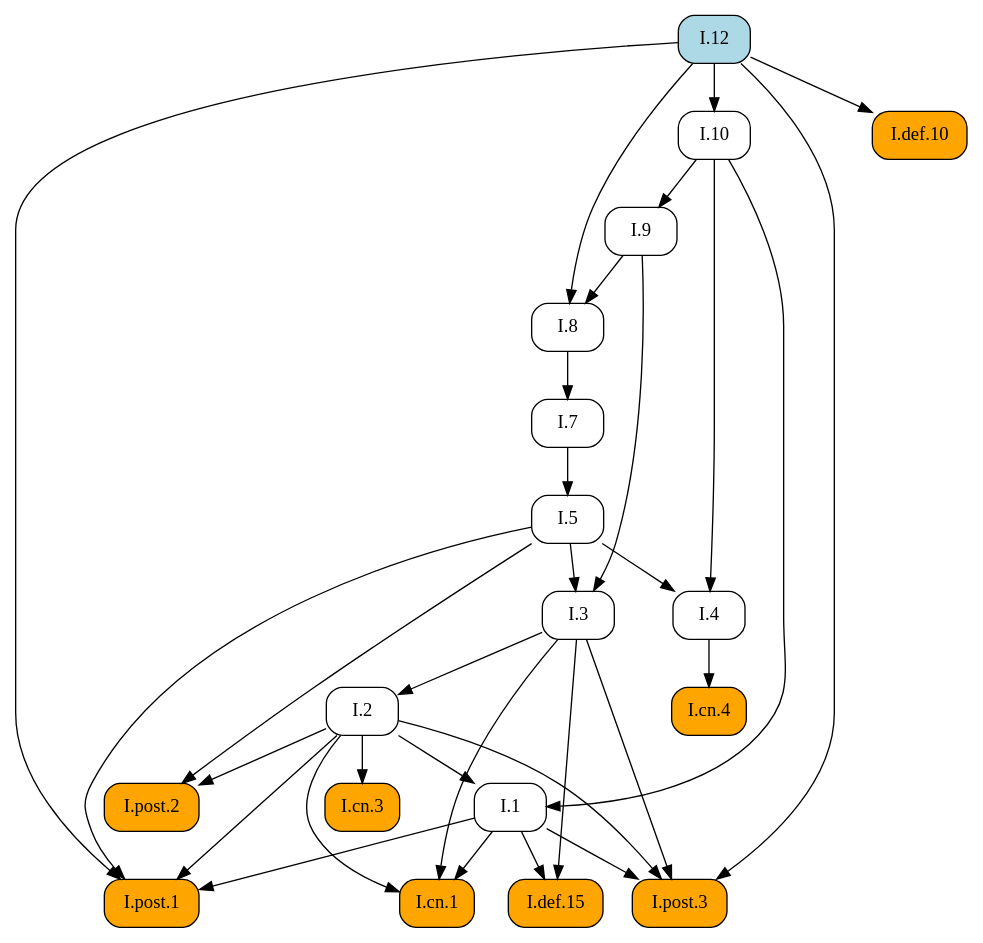
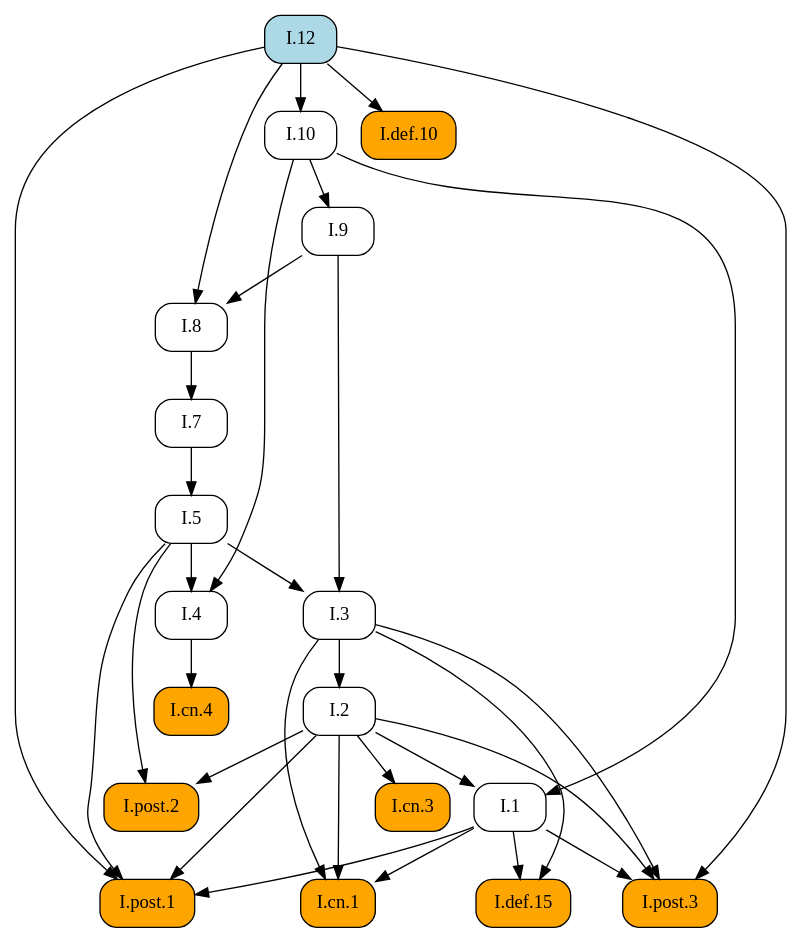
Before and after one commit to geometor/elements: the diagram in docsrc/elements2/I/12/index.rst, drawn with Graphviz. The commit also changed other lines of this file and 409 other files, not shown here.

First line of the commit message:
feat: Add image cropping and graphic extraction script

```diff
--- a/docsrc/elements2/I/12/index.rst
+++ b/docsrc/elements2/I/12/index.rst
@@ -70,55 +70,55 @@
 .. graphviz::
 
    digraph {
      rankdir="TB";
      node [shape=box, style=rounded];
+     "I.def.15" [style="rounded,filled", fillcolor=orange, URL="/elements2/I/def.15/", target="_top"];
+     "I.def.10" [style="rounded,filled", fillcolor=orange, URL="/elements2/I/def.10/", target="_top"];
      "I.8" [URL="/elements2/I/8/", target="_top"];
+     "I.5" [URL="/elements2/I/5/", target="_top"];
+     "I.3" [URL="/elements2/I/3/", target="_top"];
+     "I.12" [style="rounded,filled", fillcolor=lightblue, URL="/elements2/I/12/", target="_top"];
+     "I.10" [URL="/elements2/I/10/", target="_top"];
+     "I.cn.3" [style="rounded,filled", fillcolor=orange, URL="/elements2/I/cn.3/", target="_top"];
+     "I.cn.1" [style="rounded,filled", fillcolor=orange, URL="/elements2/I/cn.1/", target="_top"];
+     "I.4" [URL="/elements2/I/4/", target="_top"];
+     "I.post.3" [style="rounded,filled", fillcolor=orange, URL="/elements2/I/post.3/", target="_top"];
+     "I.7" [URL="/elements2/I/7/", target="_top"];
+     "I.9" [URL="/elements2/I/9/", target="_top"];
+     "I.post.1" [style="rounded,filled", fillcolor=orange, URL="/elements2/I/post.1/", target="_top"];
+     "I.2" [URL="/elements2/I/2/", target="_top"];
      "I.1" [URL="/elements2/I/1/", target="_top"];
      "I.cn.4" [style="rounded,filled", fillcolor=orange, URL="/elements2/I/cn.4/", target="_top"];
-     "I.cn.3" [style="rounded,filled", fillcolor=orange, URL="/elements2/I/cn.3/", target="_top"];
-     "I.7" [URL="/elements2/I/7/", target="_top"];
-     "I.post.1" [style="rounded,filled", fillcolor=orange, URL="/elements2/I/post.1/", target="_top"];
-     "I.9" [URL="/elements2/I/9/", target="_top"];
-     "I.5" [URL="/elements2/I/5/", target="_top"];
-     "I.cn.1" [style="rounded,filled", fillcolor=orange, URL="/elements2/I/cn.1/", target="_top"];
-     "I.def.10" [style="rounded,filled", fillcolor=orange, URL="/elements2/I/def.10/", target="_top"];
-     "I.2" [URL="/elements2/I/2/", target="_top"];
-     "I.def.15" [style="rounded,filled", fillcolor=orange, URL="/elements2/I/def.15/", target="_top"];
-     "I.4" [URL="/elements2/I/4/", target="_top"];
-     "I.12" [style="rounded,filled", fillcolor=lightblue, URL="/elements2/I/12/", target="_top"];
-     "I.10" [URL="/elements2/I/10/", target="_top"];
-     "I.3" [URL="/elements2/I/3/", target="_top"];
      "I.post.2" [style="rounded,filled", fillcolor=orange, URL="/elements2/I/post.2/", target="_top"];
-     "I.post.3" [style="rounded,filled", fillcolor=orange, URL="/elements2/I/post.3/", target="_top"];
+     "I.1" -> "I.def.15";
+     "I.3" -> "I.def.15";
+     "I.12" -> "I.def.10";
      "I.9" -> "I.8";
      "I.12" -> "I.8";
-     "I.2" -> "I.1";
-     "I.10" -> "I.1";
-     "I.4" -> "I.cn.4";
+     "I.7" -> "I.5";
+     "I.5" -> "I.3";
+     "I.9" -> "I.3";
+     "I.12" -> "I.10";
      "I.2" -> "I.cn.3";
+     "I.1" -> "I.cn.1";
+     "I.2" -> "I.cn.1";
+     "I.3" -> "I.cn.1";
+     "I.5" -> "I.4";
+     "I.10" -> "I.4";
+     "I.1" -> "I.post.3";
+     "I.2" -> "I.post.3";
+     "I.3" -> "I.post.3";
+     "I.12" -> "I.post.3";
      "I.8" -> "I.7";
+     "I.10" -> "I.9";
      "I.1" -> "I.post.1";
      "I.2" -> "I.post.1";
      "I.5" -> "I.post.1";
      "I.12" -> "I.post.1";
-     "I.10" -> "I.9";
-     "I.7" -> "I.5";
-     "I.1" -> "I.cn.1";
-     "I.2" -> "I.cn.1";
-     "I.3" -> "I.cn.1";
-     "I.12" -> "I.def.10";
      "I.3" -> "I.2";
-     "I.1" -> "I.def.15";
-     "I.3" -> "I.def.15";
-     "I.5" -> "I.4";
-     "I.10" -> "I.4";
-     "I.12" -> "I.10";
-     "I.5" -> "I.3";
-     "I.9" -> "I.3";
+     "I.2" -> "I.1";
+     "I.10" -> "I.1";
+     "I.4" -> "I.cn.4";
      "I.2" -> "I.post.2";
      "I.5" -> "I.post.2";
-     "I.1" -> "I.post.3";
-     "I.2" -> "I.post.3";
-     "I.3" -> "I.post.3";
-     "I.12" -> "I.post.3";
    }
```
